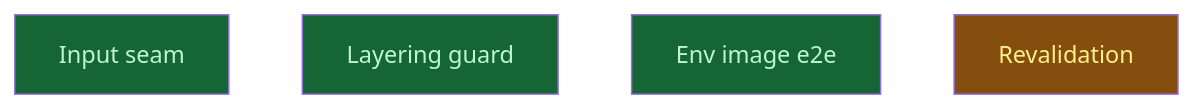
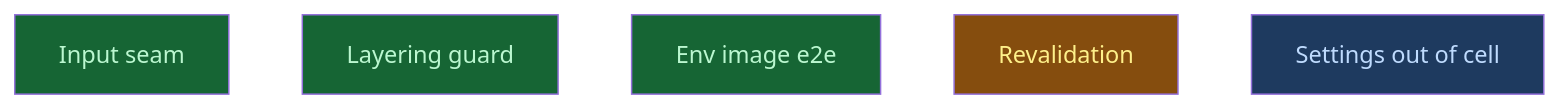
One commit to CrackingShells/Candler changed the diagram in __roadmap__/m2c-wire-alignment/consumers/closeout/README.md. Above: the diagram before and after it, drawn with Mermaid. The commit also changed other lines of this file and 2 other files, not shown here.

Commit message:
rdm(experiment): add the settings-out-of-cell amendment to m2c
The smoke's tokenless probe found that settings written in [fixed]
enter comparable.values and the cell digest: the cell build drops only
the paths given by --set. M2c makes the experiment file the only route
for isolation.build.*, isolation.record_packages and request.*, so the
rule that a setting never reaches a cell digest must hold for the file
before the paid smoke runs.

````diff
--- a/__roadmap__/m2c-wire-alignment/consumers/closeout/README.md
+++ b/__roadmap__/m2c-wire-alignment/consumers/closeout/README.md
@@ -21,12 +21,13 @@
 ```mermaid
 graph TD
     input_seam[Input seam]:::done
     layering_guard[Layering guard]:::done
     env_image_e2e[Env image e2e]:::done
     revalidation[Revalidation]:::inprogress
+    settings_out_of_cell[Settings out of cell]:::amendment
     classDef done       fill:#166534,color:#bbf7d0
     classDef inprogress fill:#854d0e,color:#fef08a
     classDef planned    fill:#374151,color:#e5e7eb
     classDef amendment  fill:#1e3a5f,color:#bfdbfe
     classDef blocked    fill:#7f1d1d,color:#fecaca
 ```
````
